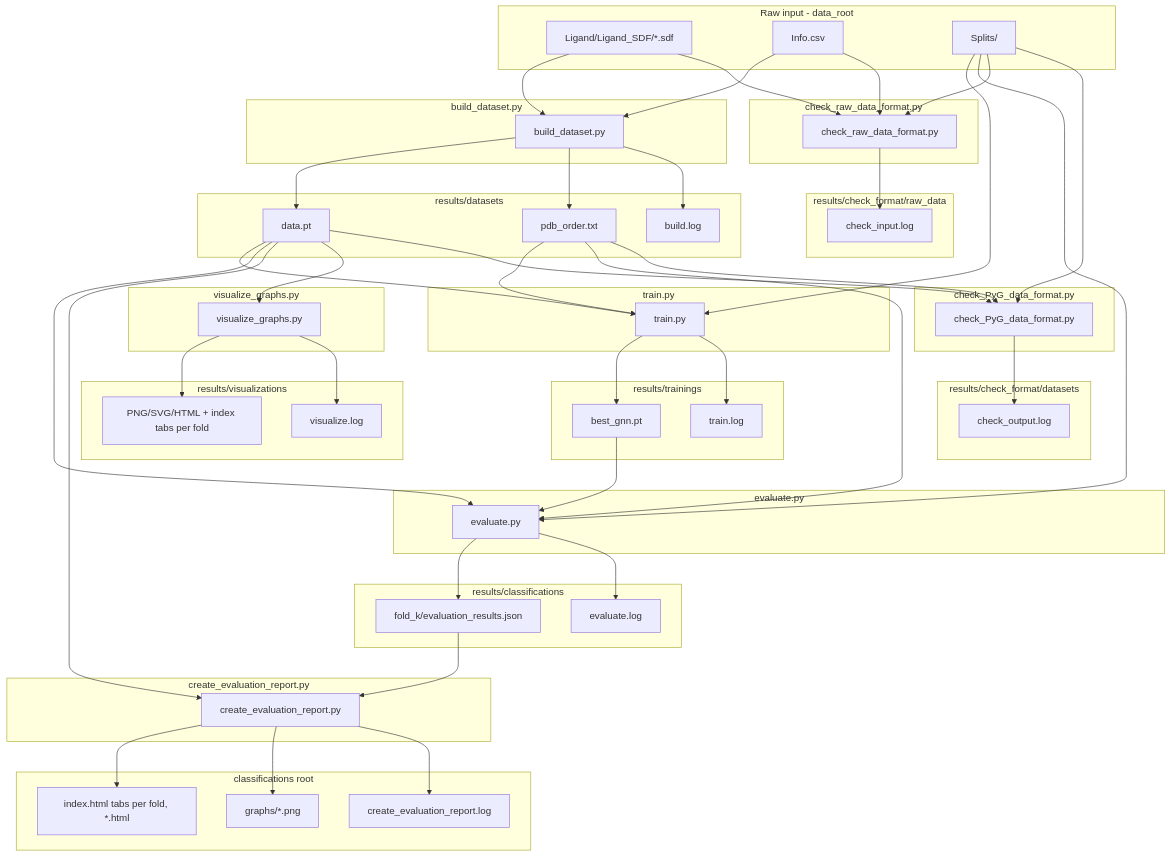
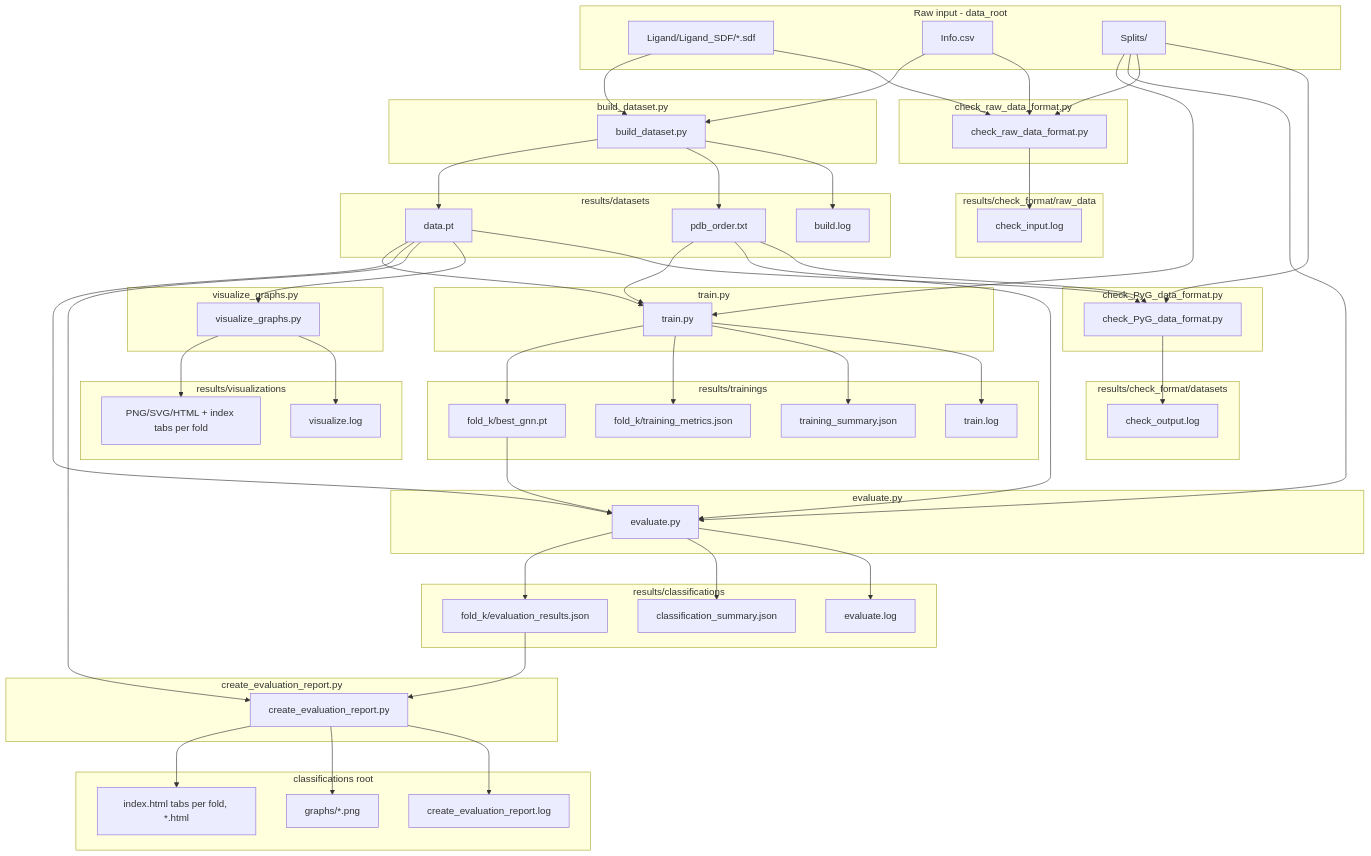
One commit to mananoreboton/mrpov3_gine_explainers changed the first of 2 diagrams in mprov3_gine/README.md. Above: the diagram before and after it, drawn with Mermaid. The commit also changed other lines of this file and 4 other files, not shown here.

First line of the commit message:
Enhance training and evaluation reporting with fold metrics

```diff
--- a/mprov3_gine/README.md
+++ b/mprov3_gine/README.md
@@ -35,7 +35,9 @@
     end
 
     subgraph out_trainings [results/trainings]
-        BestCkpt[best_gnn.pt]
+        FoldCkpt[fold_k/best_gnn.pt]
+        TrainMetrics[fold_k/training_metrics.json]
+        TrainSummary[training_summary.json]
         TrainLog[train.log]
     end
 
@@ -45,6 +47,7 @@
 
     subgraph out_classifications [results/classifications]
         EvalJSON[fold_k/evaluation_results.json]
+        ClassifSummary[classification_summary.json]
         EvalLog[evaluate.log]
     end
 
@@ -92,14 +95,17 @@
     DataPT --> TrainCLI
     PdbOrder --> TrainCLI
     Splits --> TrainCLI
-    TrainCLI --> BestCkpt
+    TrainCLI --> FoldCkpt
+    TrainCLI --> TrainMetrics
+    TrainCLI --> TrainSummary
     TrainCLI --> TrainLog
 
     DataPT --> EvalCLI
     PdbOrder --> EvalCLI
     Splits --> EvalCLI
-    BestCkpt --> EvalCLI
+    FoldCkpt --> EvalCLI
     EvalCLI --> EvalJSON
+    EvalCLI --> ClassifSummary
     EvalCLI --> EvalLog
 
     EvalJSON --> ReportCLI
```
